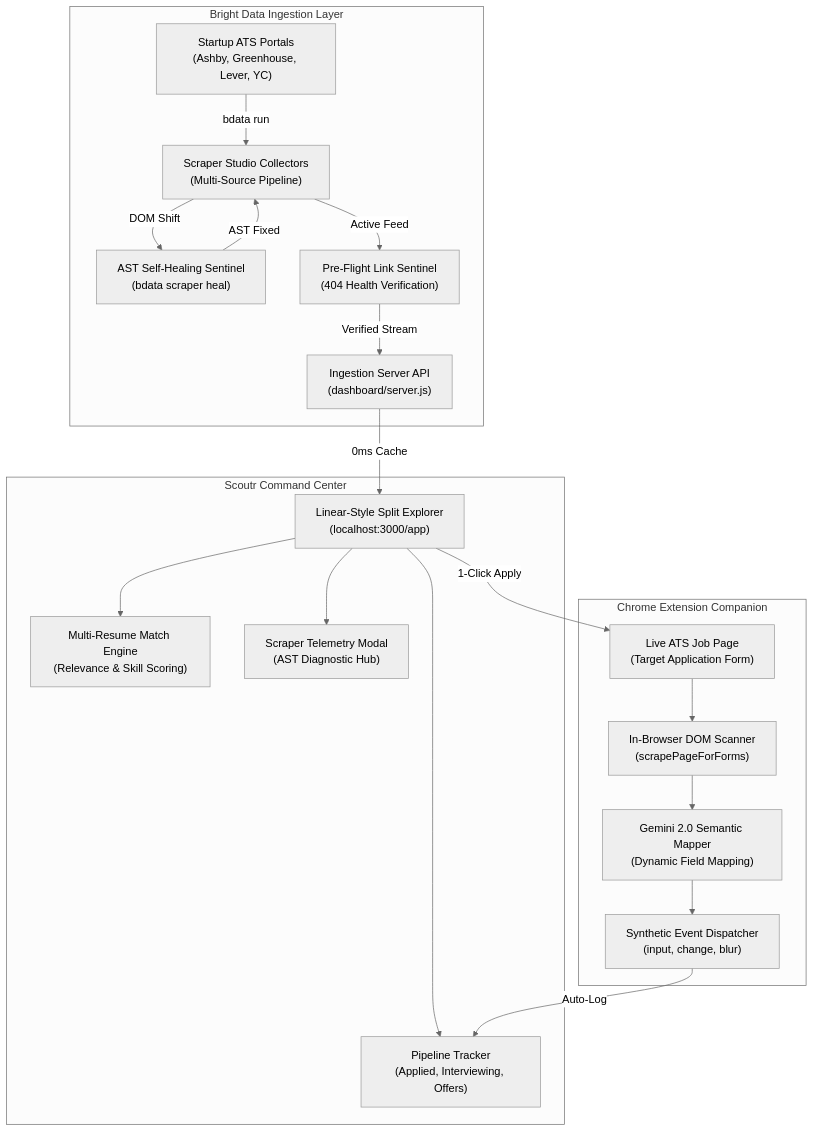
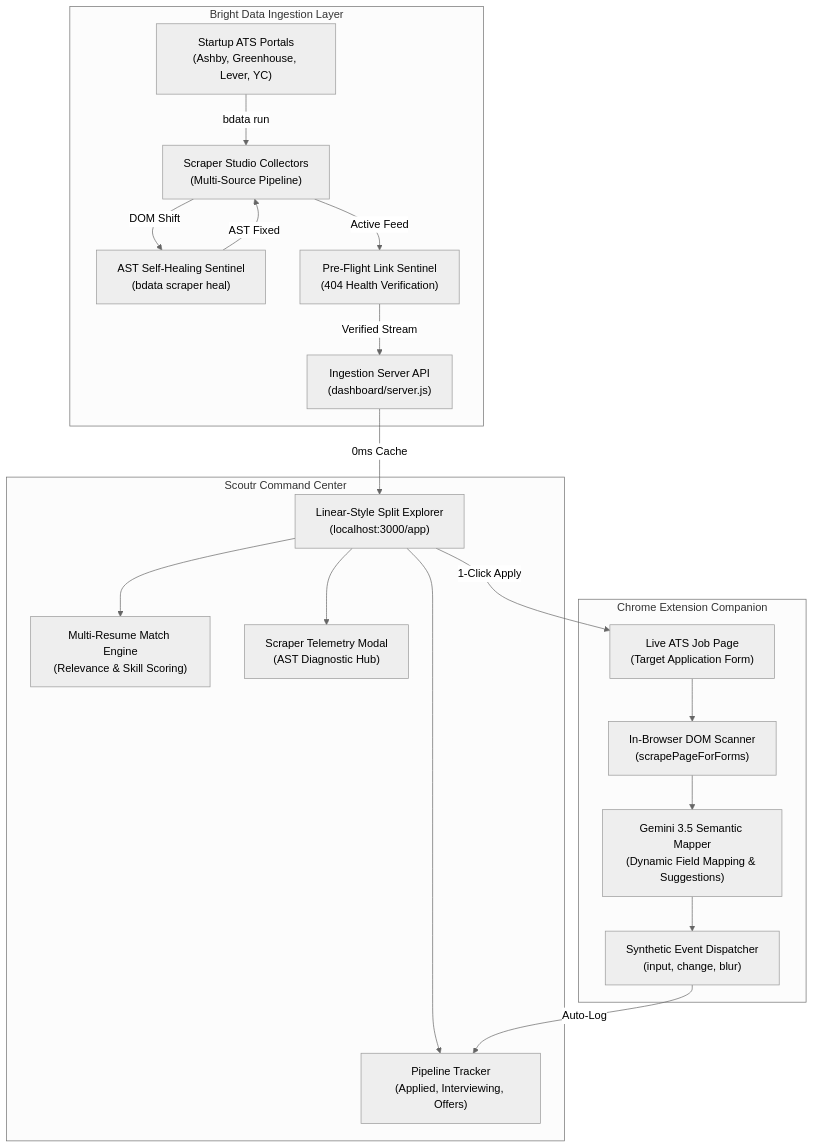
Before and after one commit to wizardwithcodehazard/Scoutr: the diagram in README.md, drawn with Mermaid (neutral theme). The commit also changed other lines of this file, not shown here.

Commit message:
docs: finalize comprehensive README with Gemini 3.5, Cloudflare deployment, and full architecture

````diff
--- a/README.md
+++ b/README.md
@@ -27,41 +28,41 @@
 ```mermaid
 flowchart TD
     subgraph Discovery["Bright Data Ingestion Layer"]
         A["Startup ATS Portals<br/>(Ashby, Greenhouse, Lever, YC)"]
         B["Scraper Studio Collectors<br/>(Multi-Source Pipeline)"]
         C["AST Self-Healing Sentinel<br/>(bdata scraper heal)"]
         D["Pre-Flight Link Sentinel<br/>(404 Health Verification)"]
         E["Ingestion Server API<br/>(dashboard/server.js)"]
     end
 
     subgraph Command["Scoutr Command Center"]
         F["Linear-Style Split Explorer<br/>(localhost:3000/app)"]
         G["Multi-Resume Match Engine<br/>(Relevance & Skill Scoring)"]
         H["Pipeline Tracker<br/>(Applied, Interviewing, Offers)"]
         I["Scraper Telemetry Modal<br/>(AST Diagnostic Hub)"]
     end
 
     subgraph Extension["Chrome Extension Companion"]
         J["Live ATS Job Page<br/>(Target Application Form)"]
         K["In-Browser DOM Scanner<br/>(scrapePageForForms)"]
-        L["Gemini 2.0 Semantic Mapper<br/>(Dynamic Field Mapping)"]
+        L["Gemini 3.5 Semantic Mapper<br/>(Dynamic Field Mapping & Suggestions)"]
         M["Synthetic Event Dispatcher<br/>(input, change, blur)"]
     end
 
     A -->|bdata run| B
     B -->|DOM Shift| C
     C -->|AST Fixed| B
     B -->|Active Feed| D
     D -->|Verified Stream| E
 
     E -->|0ms Cache| F
     F --> G
     F --> H
     F --> I
 
     F -->|1-Click Apply| J
     J --> K
     K --> L
     L --> M
     M -->|Auto-Log| H
 ```
````
